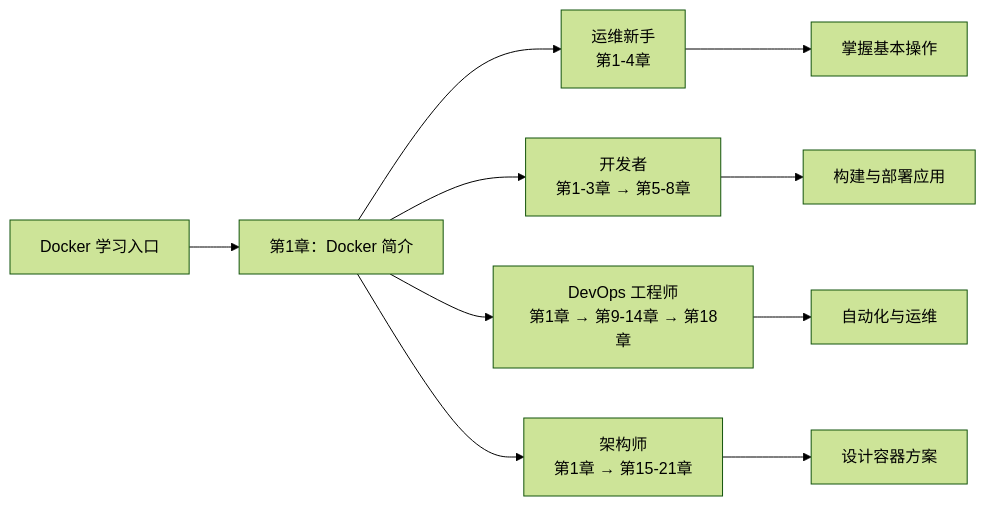
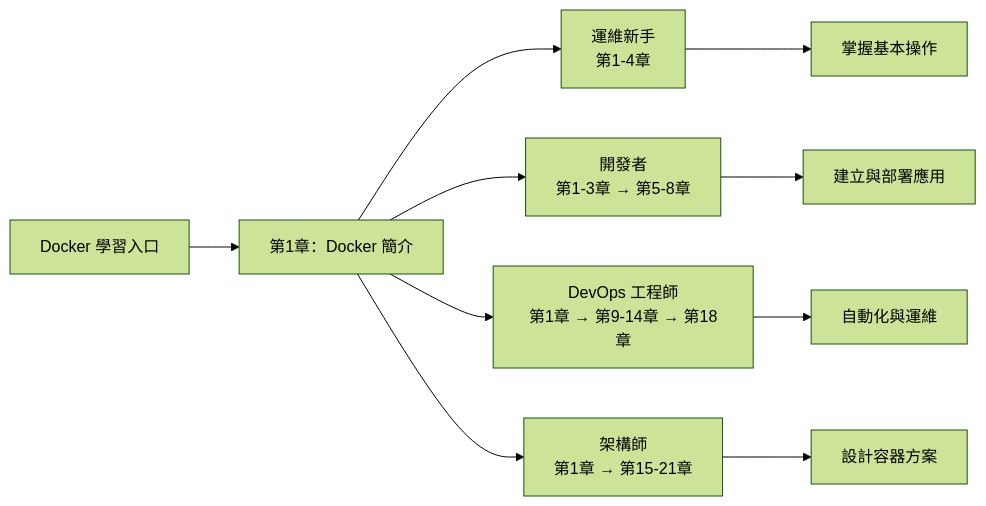
The diagram in README.md (doggy8088/docker_practice), drawn with Mermaid (forest theme) before and after one commit. The commit also changed other lines of this file and 211 other files, not shown here.

````diff
--- a/README.md
+++ b/README.md
@@ -47,14 +47,14 @@
 ```mermaid
 graph LR
-    Start[Docker 学习入口] --> Ch1[第1章：Docker 简介]
+    Start[Docker 學習入口] --> Ch1[第1章：Docker 簡介]
 
-    Ch1 --> Role1["运维新手<br/>第1-4章"]
-    Ch1 --> Role2["开发者<br/>第1-3章 → 第5-8章"]
-    Ch1 --> Role3["DevOps 工程师<br/>第1章 → 第9-14章 → 第18章"]
-    Ch1 --> Role4["架构师<br/>第1章 → 第15-21章"]
+    Ch1 --> Role1["運維新手<br/>第1-4章"]
+    Ch1 --> Role2["開發者<br/>第1-3章 → 第5-8章"]
+    Ch1 --> Role3["DevOps 工程師<br/>第1章 → 第9-14章 → 第18章"]
+    Ch1 --> Role4["架構師<br/>第1章 → 第15-21章"]
 
     Role1 --> End1["掌握基本操作"]
-    Role2 --> End2["构建与部署应用"]
-    Role3 --> End3["自动化与运维"]
-    Role4 --> End4["设计容器方案"]
+    Role2 --> End2["建立與部署應用"]
+    Role3 --> End3["自動化與運維"]
+    Role4 --> End4["設計容器方案"]
 ```
````
